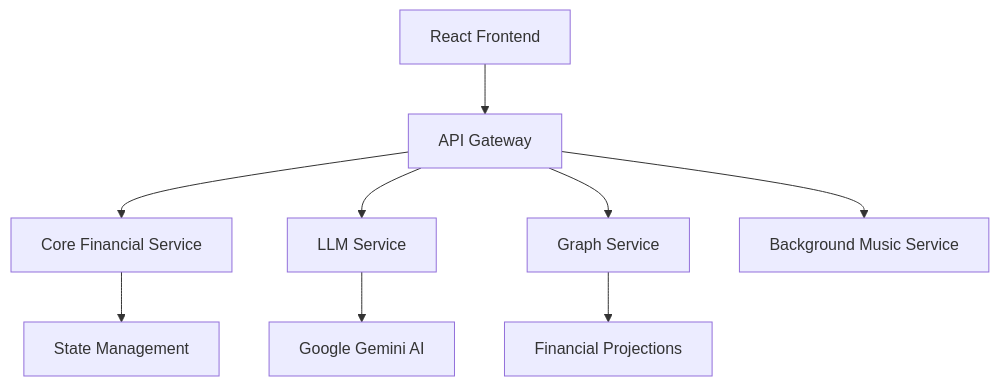
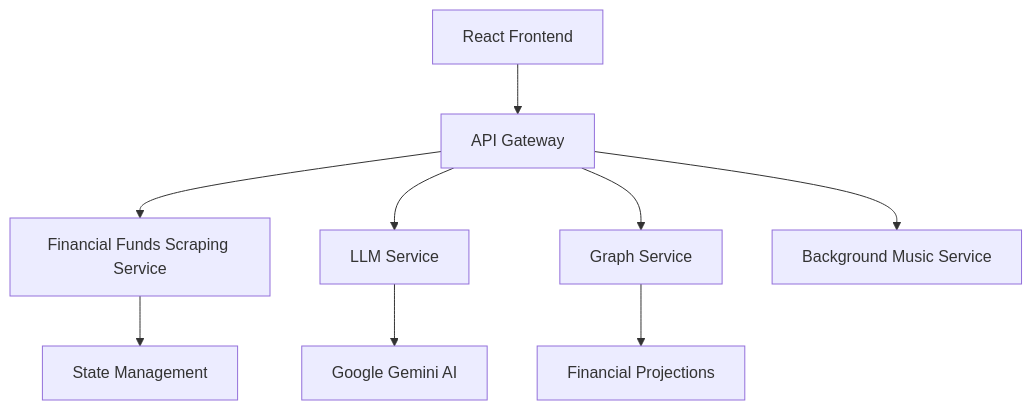
One commit to EASS-HIT-PART-A-2024-CLASS-VI/AllFunds_AG changed the diagram in README.md. Above: the diagram before and after it, drawn with Mermaid. The commit also changed other lines of this file, not shown here.

````diff
--- a/README.md
+++ b/README.md
@@ -14,11 +14,11 @@
 ```mermaid
 graph TD
     A[React Frontend] --> B[API Gateway]
-    B --> C[Core Financial Service]
+    B --> C[Financial Funds Scraping Service]
     B --> D[LLM Service]
     B --> E[Graph Service]
     B --> I[Background Music Service]
     C --> F[State Management]
     D --> G[Google Gemini AI]
     E --> H[Financial Projections]
 ```
````
